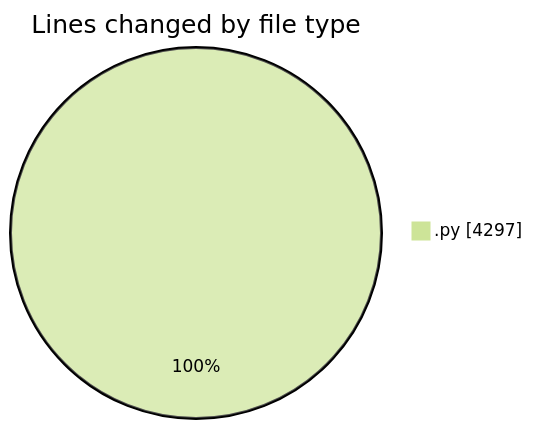
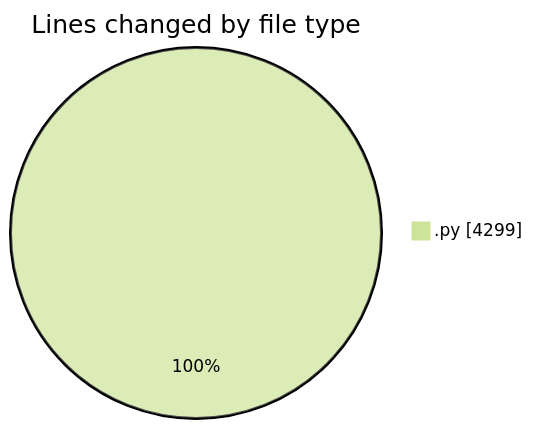
One commit to MatusMokan/code-tracking changed the first of 2 diagrams in 2025-04-18/myws__workspace_/README.md. Above: the diagram before and after it, drawn with Mermaid (forest theme). The commit also changed other lines of this file and 1 other file, not shown here.

````diff
--- a/2025-04-18/myws__workspace_/README.md
+++ b/2025-04-18/myws__workspace_/README.md
@@ -21,5 +21,5 @@
 ```mermaid
 pie showData
 title Lines changed by file type
-".py" : 4297
+".py" : 4299
 ```
````
